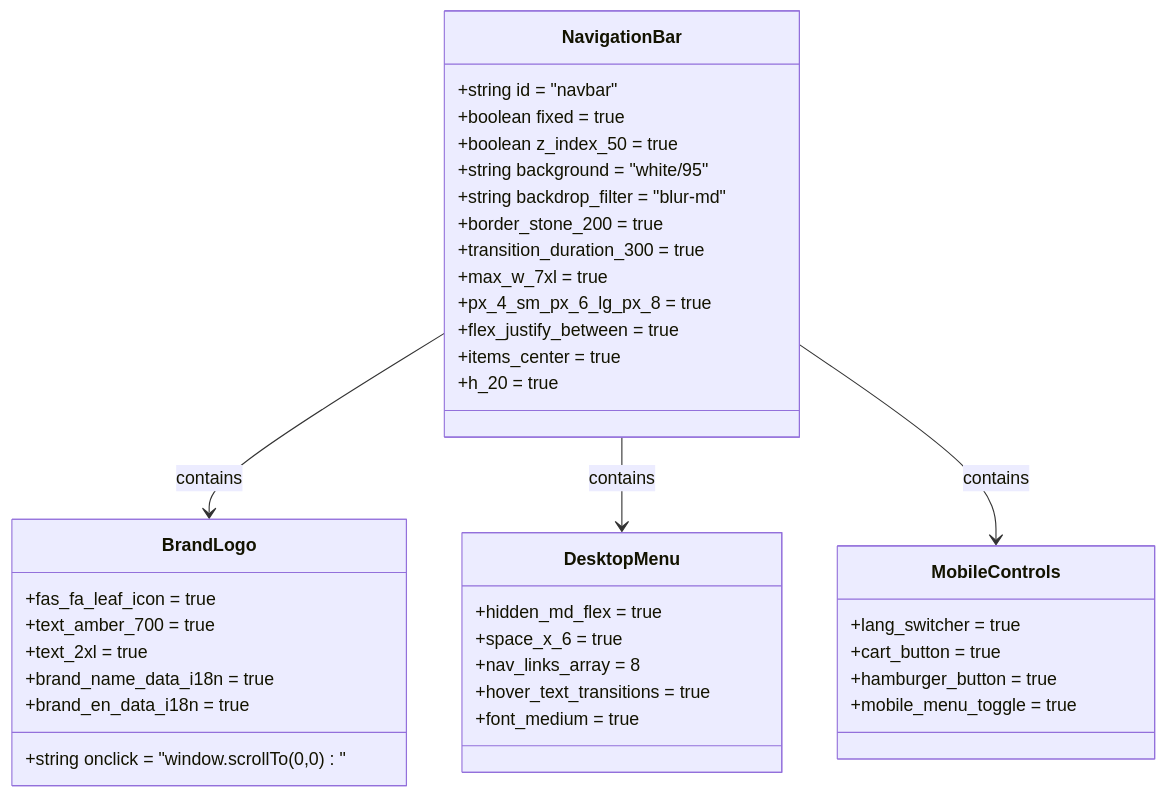
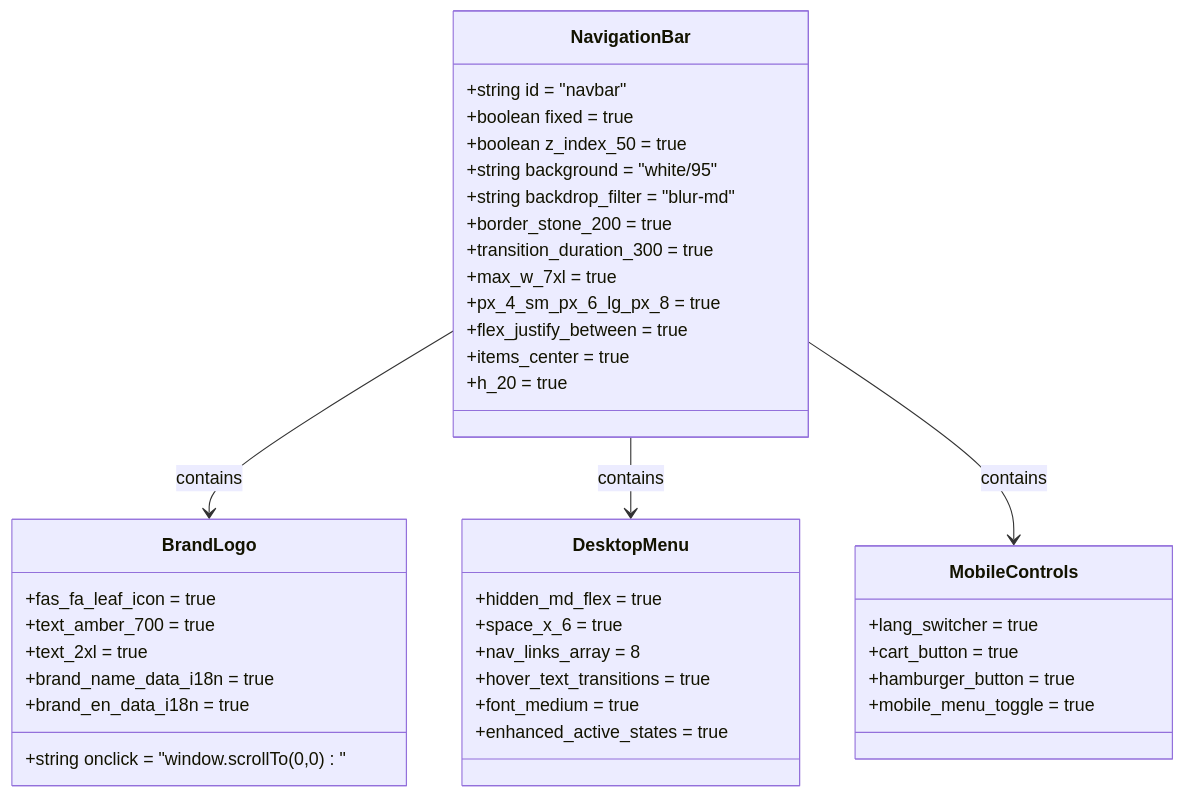
One commit to queenflowerhk/queenflowerhk.github.io changed the third of 4 diagrams in .qoder/repowiki/en/content/User Interface Components/Navigation System.md. Above: the diagram before and after it, drawn with Mermaid. The commit also changed other lines of this file and 20 other files, not shown here.

````diff
--- a/.qoder/repowiki/en/content/User Interface Components/Navigation System.md
+++ b/.qoder/repowiki/en/content/User Interface Components/Navigation System.md
@@ -113,41 +131,42 @@
 ```mermaid
 classDiagram
 class NavigationBar {
 +string id = "navbar"
 +boolean fixed = true
 +boolean z_index_50 = true
 +string background = "white/95"
 +string backdrop_filter = "blur-md"
 +border_stone_200 = true
 +transition_duration_300 = true
 +max_w_7xl = true
 +px_4_sm_px_6_lg_px_8 = true
 +flex_justify_between = true
 +items_center = true
 +h_20 = true
 }
 class BrandLogo {
 +string onclick = "window.scrollTo(0,0)"
 +fas_fa_leaf_icon = true
 +text_amber_700 = true
 +text_2xl = true
 +brand_name_data_i18n = true
 +brand_en_data_i18n = true
 }
 class DesktopMenu {
 +hidden_md_flex = true
 +space_x_6 = true
 +nav_links_array = 8
 +hover_text_transitions = true
 +font_medium = true
++enhanced_active_states = true
 }
 class MobileControls {
 +lang_switcher = true
 +cart_button = true
 +hamburger_button = true
 +mobile_menu_toggle = true
 }
 NavigationBar --> BrandLogo : contains
 NavigationBar --> DesktopMenu : contains
 NavigationBar --> MobileControls : contains
 ```
````
